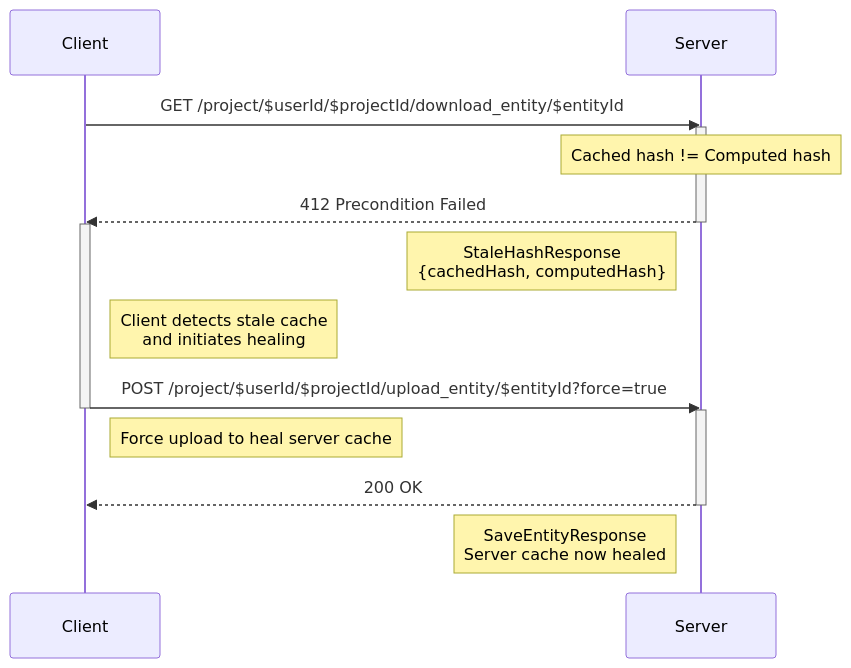
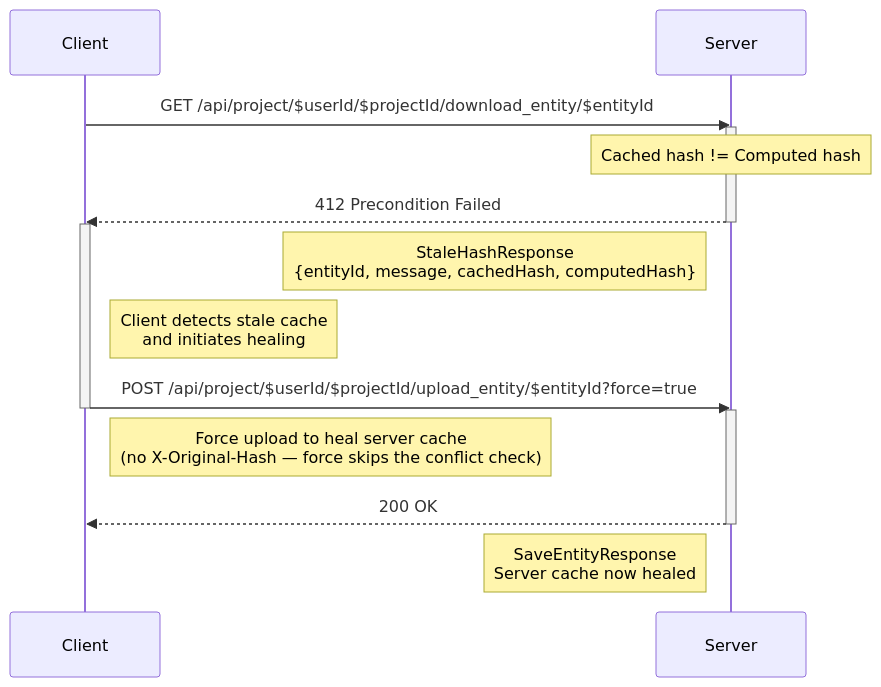
Before and after one commit to Darkrock-Studios/hammer-editor: the fifth of 11 diagrams in docs/SYNCING-PROTOCOL.md, drawn with Mermaid. The commit also changed other lines of this file, not shown here.

````diff
--- a/docs/SYNCING-PROTOCOL.md
+++ b/docs/SYNCING-PROTOCOL.md
@@ -287,25 +299,25 @@
 ```mermaid
 sequenceDiagram
     participant Client
     participant Server
 
-    Client->>Server: GET /project/$userId/$projectId/download_entity/$entityId
+    Client->>Server: GET /api/project/$userId/$projectId/download_entity/$entityId
 	activate Server
 	Note over Server: Cached hash != Computed hash
 
 	Server -->> Client: 412 Precondition Failed
 	deactivate Server
 	activate Client
-	Note left of Server: StaleHashResponse<br/>{cachedHash, computedHash}
+	Note left of Server: StaleHashResponse<br/>{entityId, message, cachedHash, computedHash}
 
 	Note right of Client: Client detects stale cache<br/>and initiates healing
-	Client->>Server: POST /project/$userId/$projectId/upload_entity/$entityId?force=true
+	Client->>Server: POST /api/project/$userId/$projectId/upload_entity/$entityId?force=true
 	deactivate Client
 	activate Server
-	Note right of Client: Force upload to heal server cache
+	Note right of Client: Force upload to heal server cache<br/>(no X-Original-Hash — force skips the conflict check)
 
 	Server -->> Client: 200 OK
 	deactivate Server
 	activate Client
 	Note left of Server: SaveEntityResponse<br/>Server cache now healed
 ```
````
